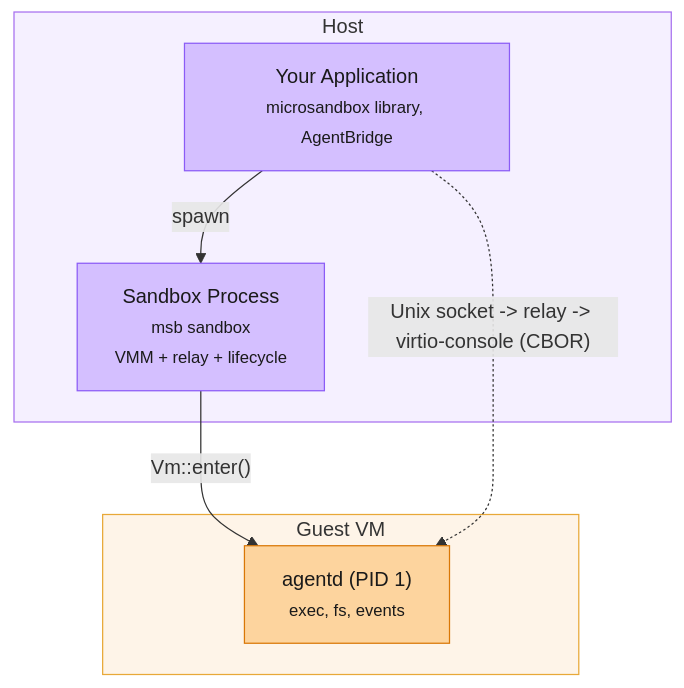
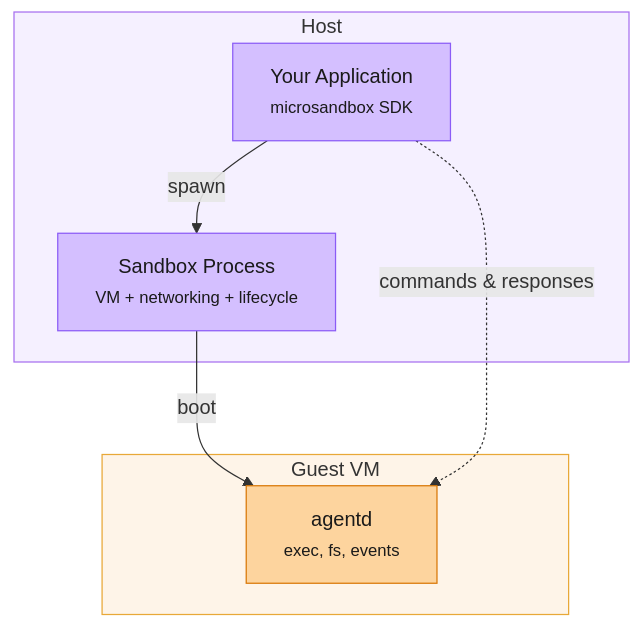
The second of 2 diagrams in docs/sandboxes/lifecycle.mdx (superradcompany/microsandbox), drawn with Mermaid before and after one commit. The commit also changed other lines of this file and 29 other files, not shown here.

````diff
--- a/docs/sandboxes/lifecycle.mdx
+++ b/docs/sandboxes/lifecycle.mdx
@@ -210,21 +216,21 @@
 ```mermaid
 graph TD
     subgraph Host["Host"]
-        A["Your Application<br/><small>microsandbox library, AgentBridge</small>"]
-        B["Sandbox Process<br/><small>msb sandbox<br/>VMM + relay + lifecycle</small>"]
+        A["Your Application<br/><small>microsandbox SDK</small>"]
+        B["Sandbox Process<br/><small>VM + networking + lifecycle</small>"]
     end
 
     subgraph Guest["Guest VM"]
-        F["agentd (PID 1)<br/><small>exec, fs, events</small>"]
+        F["agentd<br/><small>exec, fs, events</small>"]
     end
 
     A -- "spawn" --> B
-    B -- "Vm::enter()" --> F
-    A -. "Unix socket -> relay -> virtio-console (CBOR)" .-> F
+    B -- "boot" --> F
+    A -. "commands & responses" .-> F
 
     style Host fill:#f5f0ff,stroke:#a770ef,color:#333
     style Guest fill:#fef4e8,stroke:#e8a838,color:#333
     style A fill:#d4bfff,stroke:#8b5cf6,color:#1a1a1a
     style B fill:#d4bfff,stroke:#8b5cf6,color:#1a1a1a
     style F fill:#fdd49e,stroke:#d97706,color:#1a1a1a
 ```
````
